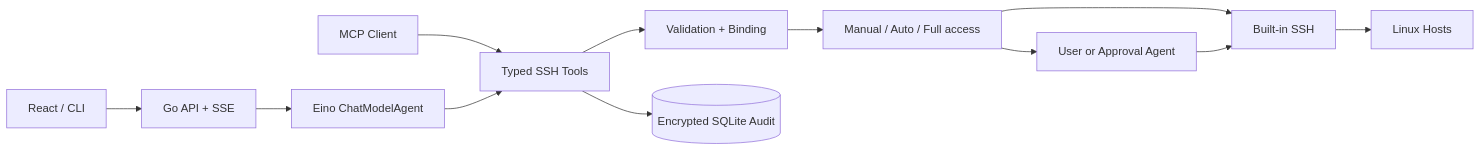
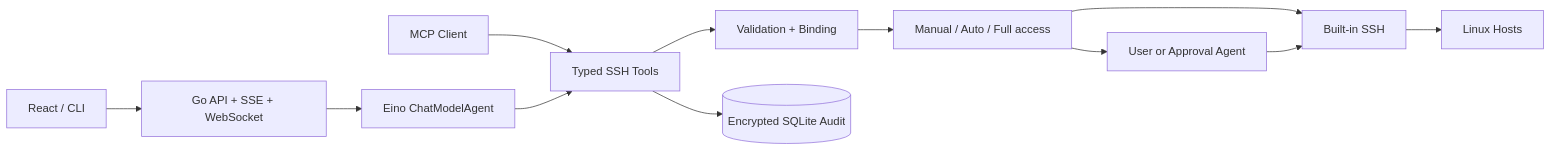
The diagram in README.md (Enterpr1se0/OpsNerva), drawn with Mermaid before and after one commit. The commit also changed other lines of this file and 21 other files, not shown here.

First line of the commit message:
feat: add application and shell WebSocket event streams

````diff
--- a/README.md
+++ b/README.md
@@ -98,14 +98,14 @@
 ```mermaid
 flowchart LR
-    UI[React / CLI] --> API[Go API + SSE]
+    UI[React / CLI] --> API[Go API + SSE + WebSocket]
     API --> Eino[Eino ChatModelAgent]
     MCP[MCP Client] --> Tools[Typed SSH Tools]
     Eino --> Tools
     Tools --> Validate[Validation + Binding]
     Validate --> Mode[Manual / Auto / Full access]
     Mode --> Approval[User or Approval Agent]
     Mode --> SSH[Built-in SSH]
     Approval --> SSH
     SSH --> Host[Linux Hosts]
     Tools --> Audit[(Encrypted SQLite Audit)]
 ```
````
